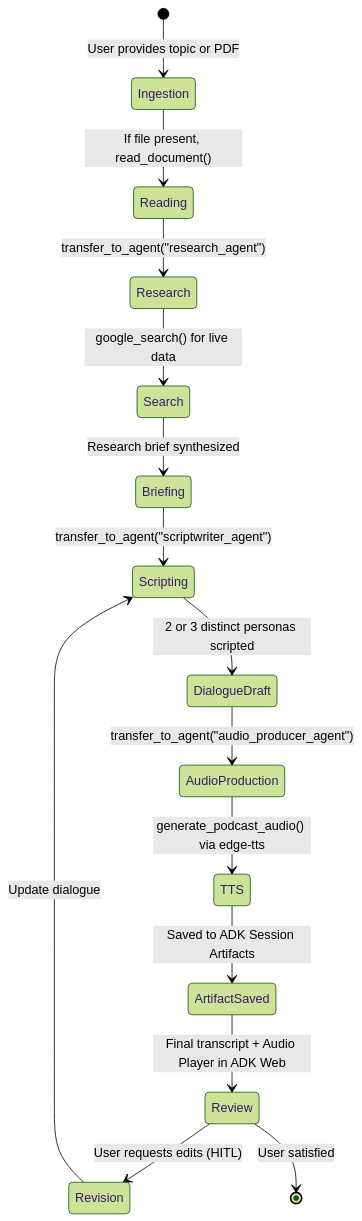
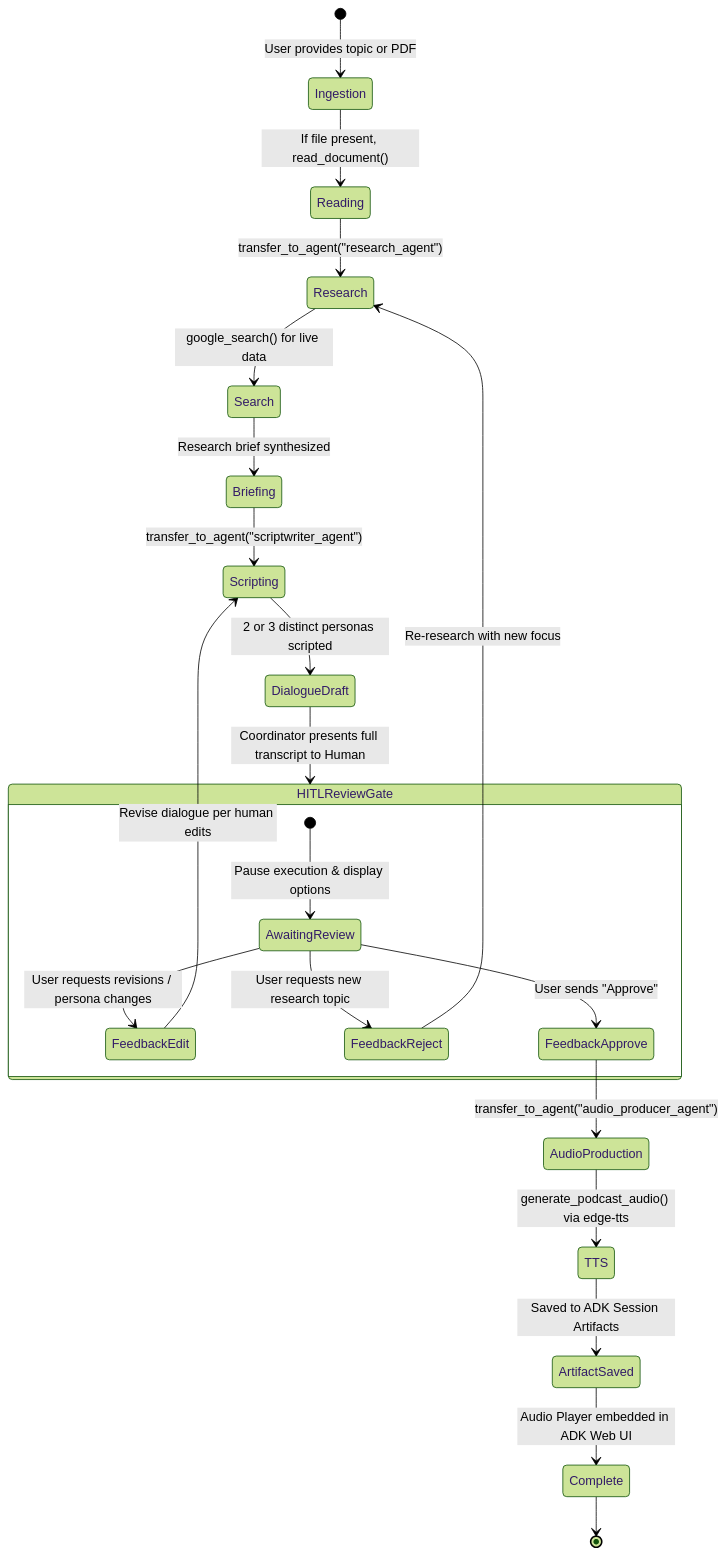
The fourth of 4 diagrams in podcast_agent/docs/architecture_and_audio_generation_guide.md (SachinMishra-ux/Agent_Development_Kit), drawn with Mermaid (forest theme) before and after one commit. The commit also changed other lines of this file and 44 other files, not shown here.

First line of the commit message:
Add documentation for Vertex AI RAG Agent including README, command guide, and architecture overview

````diff
--- a/podcast_agent/docs/architecture_and_audio_generation_guide.md
+++ b/podcast_agent/docs/architecture_and_audio_generation_guide.md
@@ -223,17 +377,28 @@
 ```mermaid
 stateDiagram-v2
     [*] --> Ingestion: User provides topic or PDF
     Ingestion --> Reading: If file present, read_document()
     Reading --> Research: transfer_to_agent("research_agent")
     Research --> Search: google_search() for live data
     Search --> Briefing: Research brief synthesized
     Briefing --> Scripting: transfer_to_agent("scriptwriter_agent")
     Scripting --> DialogueDraft: 2 or 3 distinct personas scripted
-    DialogueDraft --> AudioProduction: transfer_to_agent("audio_producer_agent")
+    
+    DialogueDraft --> HITLReviewGate: Coordinator presents full transcript to Human
+
+    state HITLReviewGate {
+        [*] --> AwaitingReview: Pause execution & display options
+        AwaitingReview --> FeedbackEdit: User requests revisions / persona changes
+        AwaitingReview --> FeedbackReject: User requests new research topic
+        AwaitingReview --> FeedbackApprove: User sends "Approve"
+    }
+
+    FeedbackEdit --> Scripting: Revise dialogue per human edits
+    FeedbackReject --> Research: Re-research with new focus
+    FeedbackApprove --> AudioProduction: transfer_to_agent("audio_producer_agent")
+    
     AudioProduction --> TTS: generate_podcast_audio() via edge-tts
     TTS --> ArtifactSaved: Saved to ADK Session Artifacts
-    ArtifactSaved --> Review: Final transcript + Audio Player in ADK Web
-    Review --> Revision: User requests edits (HITL)
-    Revision --> Scripting: Update dialogue
-    Review --> [*]: User satisfied
+    ArtifactSaved --> Complete: Audio Player embedded in ADK Web UI
+    Complete --> [*]
 ```
````
